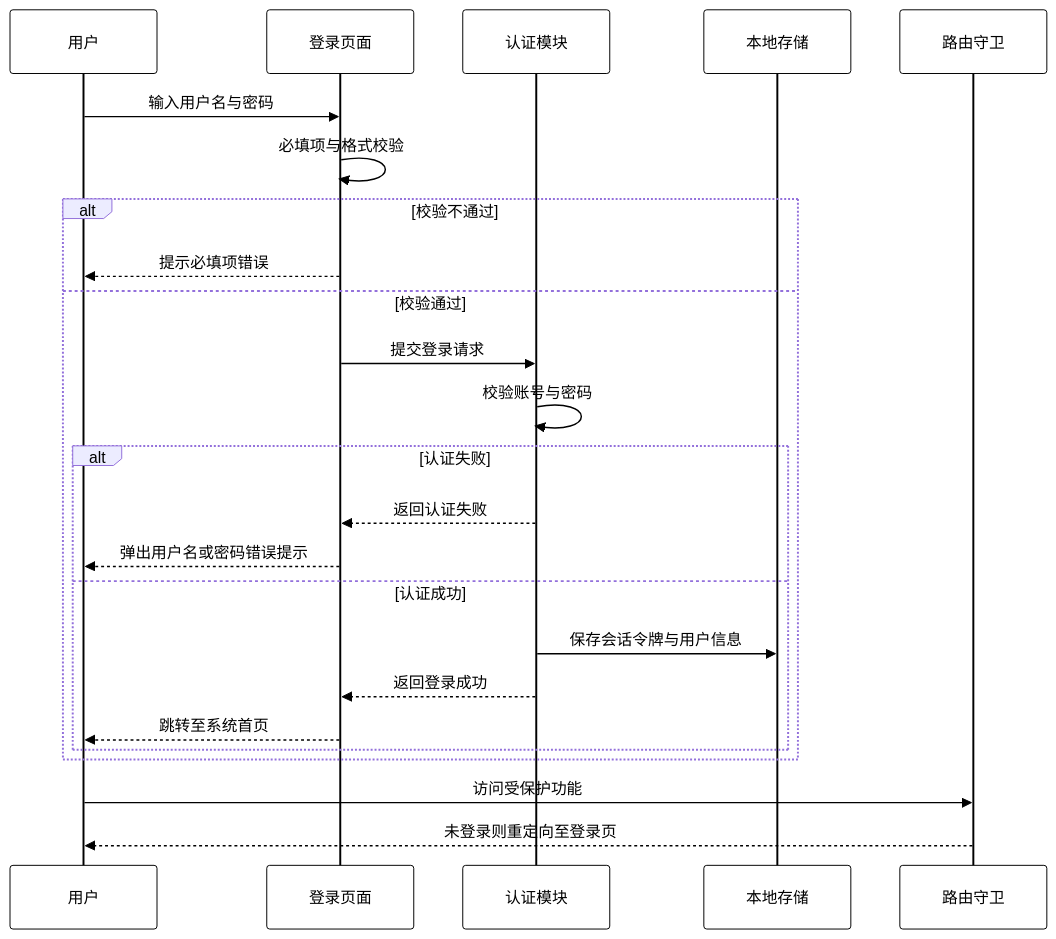
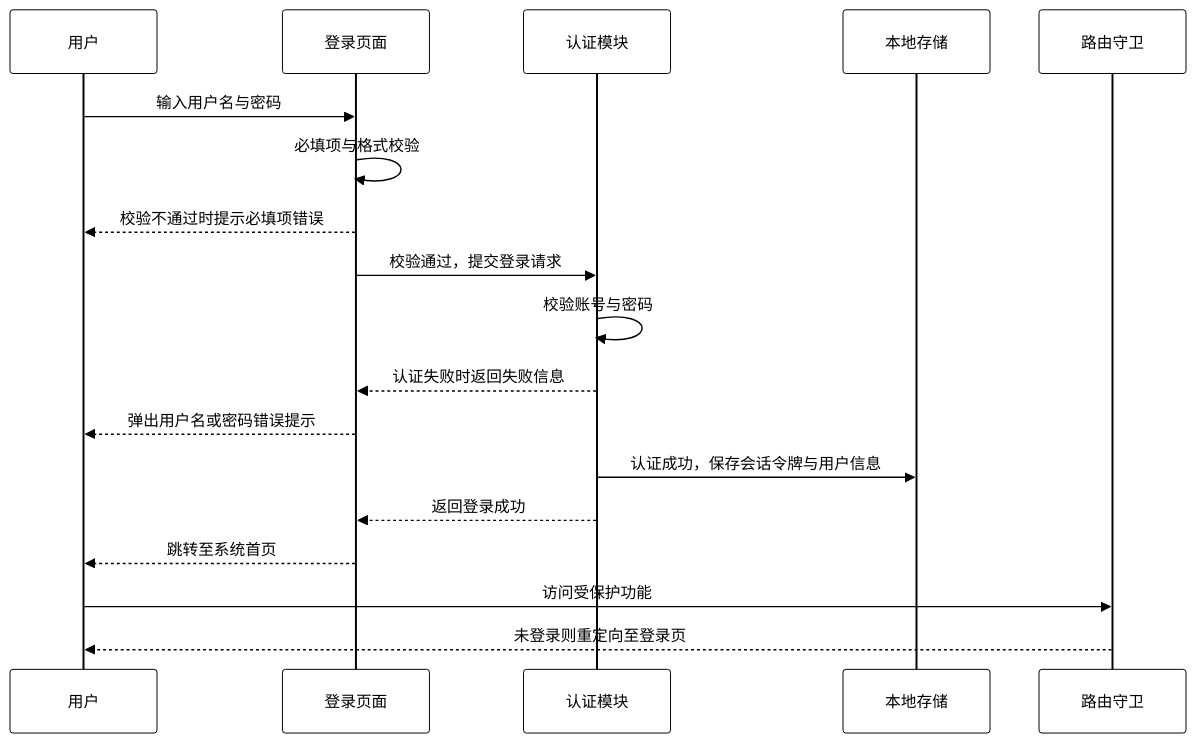
Diagram 12 of 24 in docs/功能需求分析与用例图.md (carl-Tu/campus-management), drawn with Mermaid before and after one commit. The commit also changed other lines of this file, not shown here.

Commit message:
perfect：时序图

````diff
--- a/docs/功能需求分析与用例图.md
+++ b/docs/功能需求分析与用例图.md
@@ -444,29 +444,23 @@
 ```mermaid
 sequenceDiagram
   %%{init: {"themeVariables": {"actorBkg": "#ffffff", "actorBorder": "#000000", "actorTextColor": "#000000", "actorLineColor": "#000000", "signalColor": "#000000", "signalTextColor": "#000000", "noteBkgColor": "#ffffff", "noteBorderColor": "#000000"}}}%%
   participant U as 用户
   participant P as 登录页面
   participant A as 认证模块
   participant S as 本地存储
   participant R as 路由守卫
 
   U->>P: 输入用户名与密码
   P->>P: 必填项与格式校验
-  alt 校验不通过
-    P-->>U: 提示必填项错误
-  else 校验通过
-    P->>A: 提交登录请求
-    A->>A: 校验账号与密码
-    alt 认证失败
-      A-->>P: 返回认证失败
-      P-->>U: 弹出用户名或密码错误提示
-    else 认证成功
-      A->>S: 保存会话令牌与用户信息
-      A-->>P: 返回登录成功
-      P-->>U: 跳转至系统首页
-    end
-  end
+  P-->>U: 校验不通过时提示必填项错误
+  P->>A: 校验通过，提交登录请求
+  A->>A: 校验账号与密码
+  A-->>P: 认证失败时返回失败信息
+  P-->>U: 弹出用户名或密码错误提示
+  A->>S: 认证成功，保存会话令牌与用户信息
+  A-->>P: 返回登录成功
+  P-->>U: 跳转至系统首页
 
   U->>R: 访问受保护功能
   R-->>U: 未登录则重定向至登录页
 ```
````
